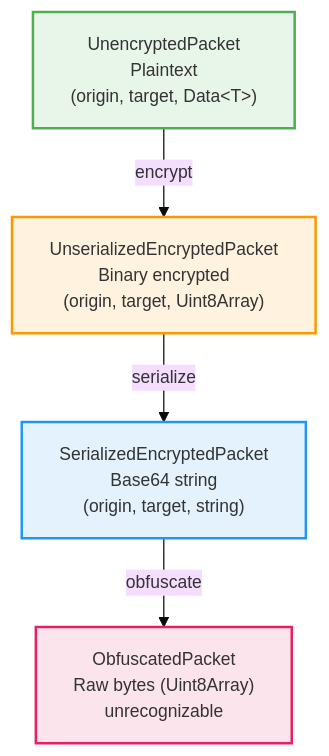
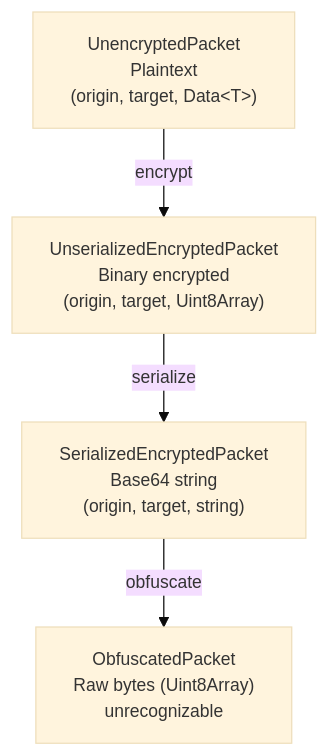
The fourth of 7 diagrams in libs/network-protocol/ARCHITECTURE.md (AndrewRedican/hyperfrontend), drawn with Mermaid before and after one commit. The commit also changed other lines of this file and 2 other files, not shown here.

````diff
--- a/libs/network-protocol/ARCHITECTURE.md
+++ b/libs/network-protocol/ARCHITECTURE.md
@@ -293,22 +293,17 @@
 ```mermaid
 ---
 config:
   theme: base
   themeVariables:
     fontSize: 14px
 ---
 flowchart TB
     A["UnencryptedPacket<br/>Plaintext<br/>(origin, target, Data&lt;T&gt;)"]
     B["UnserializedEncryptedPacket<br/>Binary encrypted<br/>(origin, target, Uint8Array)"]
     C["SerializedEncryptedPacket<br/>Base64 string<br/>(origin, target, string)"]
     D["ObfuscatedPacket<br/>Raw bytes (Uint8Array)<br/>unrecognizable"]
 
     A -->|encrypt| B
     B -->|serialize| C
     C -->|obfuscate| D
-
-    style A fill:#e8f5e9,stroke:#4caf50,stroke-width:2px
-    style B fill:#fff3e0,stroke:#ff9800,stroke-width:2px
-    style C fill:#e3f2fd,stroke:#2196f3,stroke-width:2px
-    style D fill:#fce4ec,stroke:#e91e63,stroke-width:2px
 ```
````
